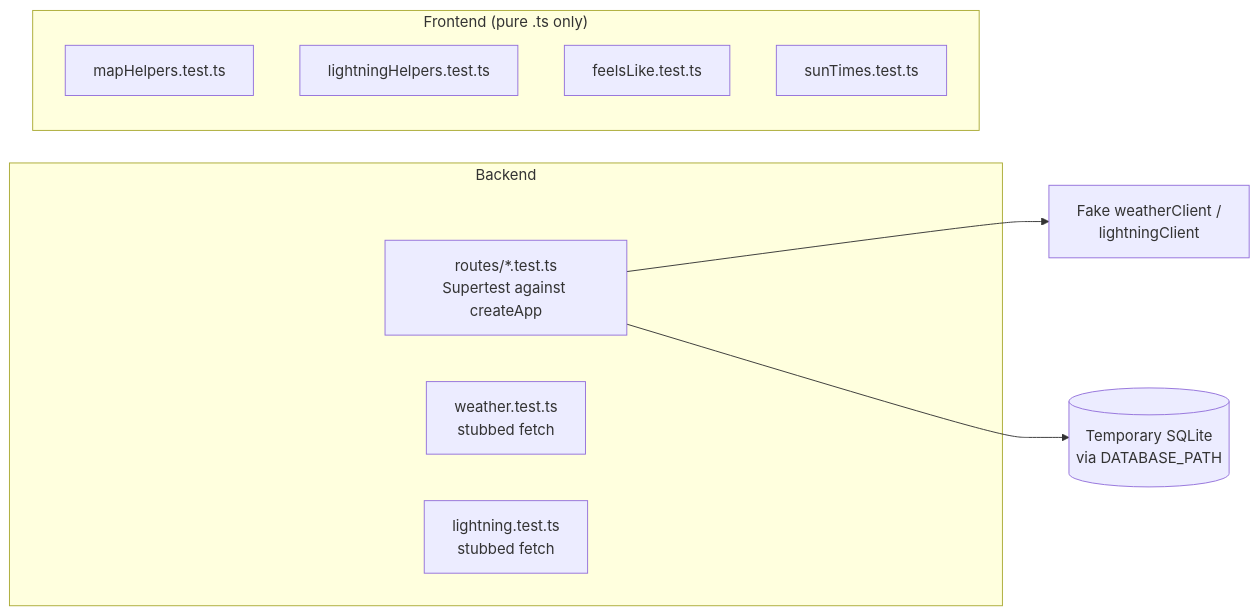
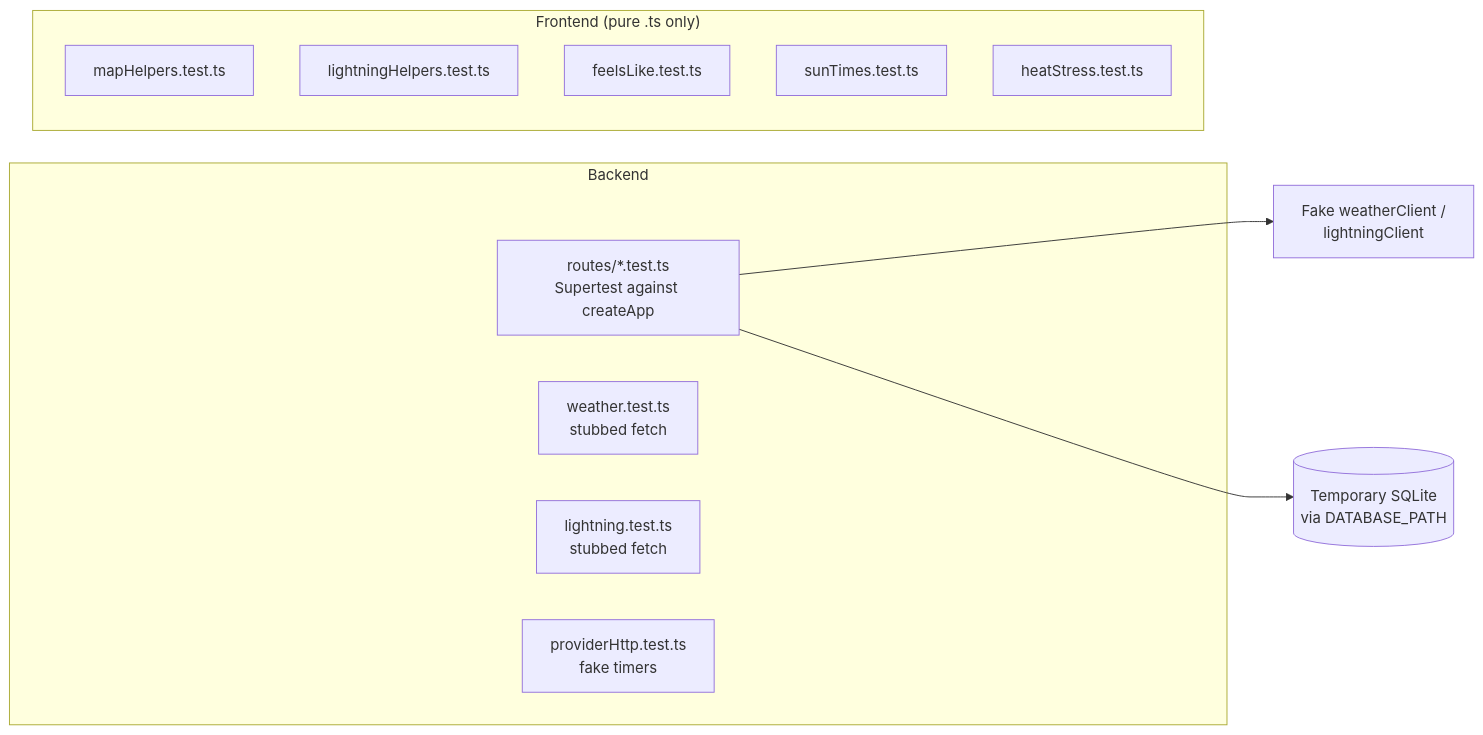
One commit to chuan77/AIxTech-SG-Weather changed the diagram in docs/src/content/docs/guides/testing.md. Above: the diagram before and after it, drawn with Mermaid. The commit also changed other lines of this file and 42 other files, not shown here.

First line of the commit message:
feat: add NEA WBGT heat-stress tile with paced provider requests

````diff
--- a/docs/src/content/docs/guides/testing.md
+++ b/docs/src/content/docs/guides/testing.md
@@ -28,16 +28,18 @@
 ```mermaid
 flowchart LR
   subgraph Backend
     RT["routes/*.test.ts<br/>Supertest against createApp"]
     WT["weather.test.ts<br/>stubbed fetch"]
     LT["lightning.test.ts<br/>stubbed fetch"]
+    PT["providerHttp.test.ts<br/>fake timers"]
   end
   subgraph Frontend["Frontend (pure .ts only)"]
     MH["mapHelpers.test.ts"]
     LH["lightningHelpers.test.ts"]
     FL["feelsLike.test.ts"]
     ST["sunTimes.test.ts"]
+    HS["heatStress.test.ts"]
   end
   RT --> Fake["Fake weatherClient /<br/>lightningClient"]
   RT --> TmpDB[("Temporary SQLite<br/>via DATABASE_PATH")]
 ```
````
